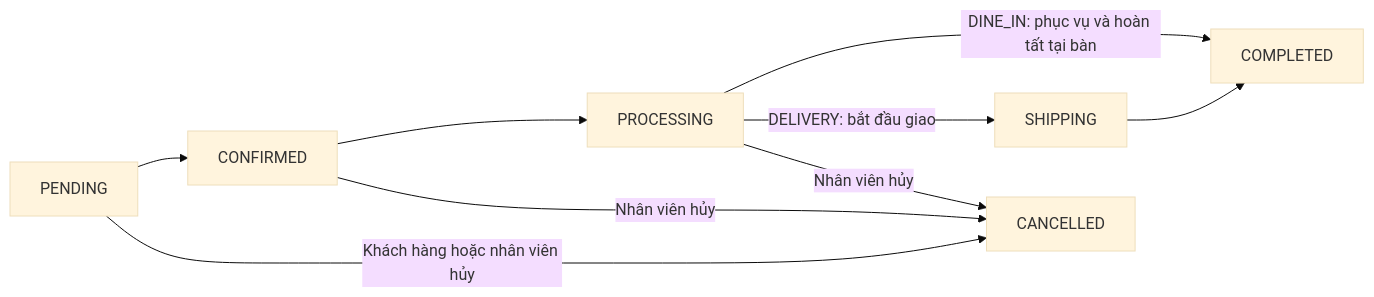
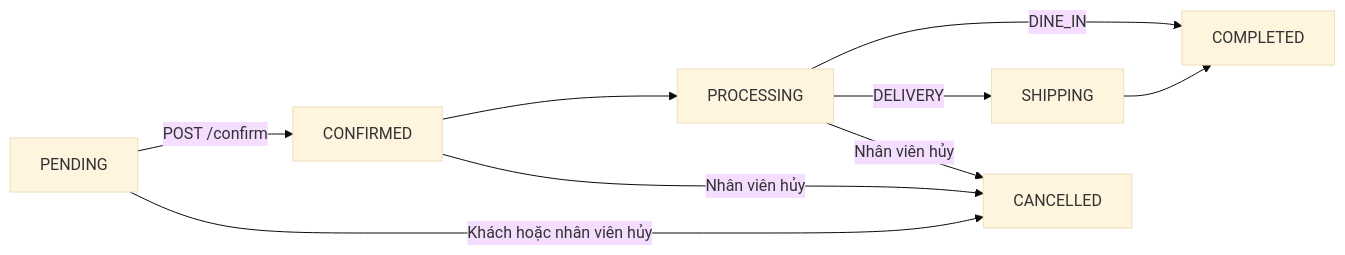
Before and after one commit to maaL6/ByteMe: the fourth of 4 diagrams in docs/architecture-single-restaurant.md, drawn with Mermaid (base theme). The commit also changed other lines of this file and 40 other files, not shown here.

````diff
--- a/docs/architecture-single-restaurant.md
+++ b/docs/architecture-single-restaurant.md
@@ -181,9 +194,9 @@
 ```mermaid
 flowchart LR
-    P["PENDING"] --> C["CONFIRMED"] --> R["PROCESSING"]
-    R -->|"DINE_IN: phục vụ và hoàn tất tại bàn"| Done["COMPLETED"]
-    R -->|"DELIVERY: bắt đầu giao"| S["SHIPPING"] --> Done
-    P -->|"Khách hàng hoặc nhân viên hủy"| X["CANCELLED"]
+    P["PENDING"] -->|"POST /confirm"| C["CONFIRMED"] --> R["PROCESSING"]
+    R -->|"DINE_IN"| Done["COMPLETED"]
+    R -->|"DELIVERY"| S["SHIPPING"] --> Done
+    P -->|"Khách hoặc nhân viên hủy"| X["CANCELLED"]
     C -->|"Nhân viên hủy"| X
     R -->|"Nhân viên hủy"| X
 ```
````
